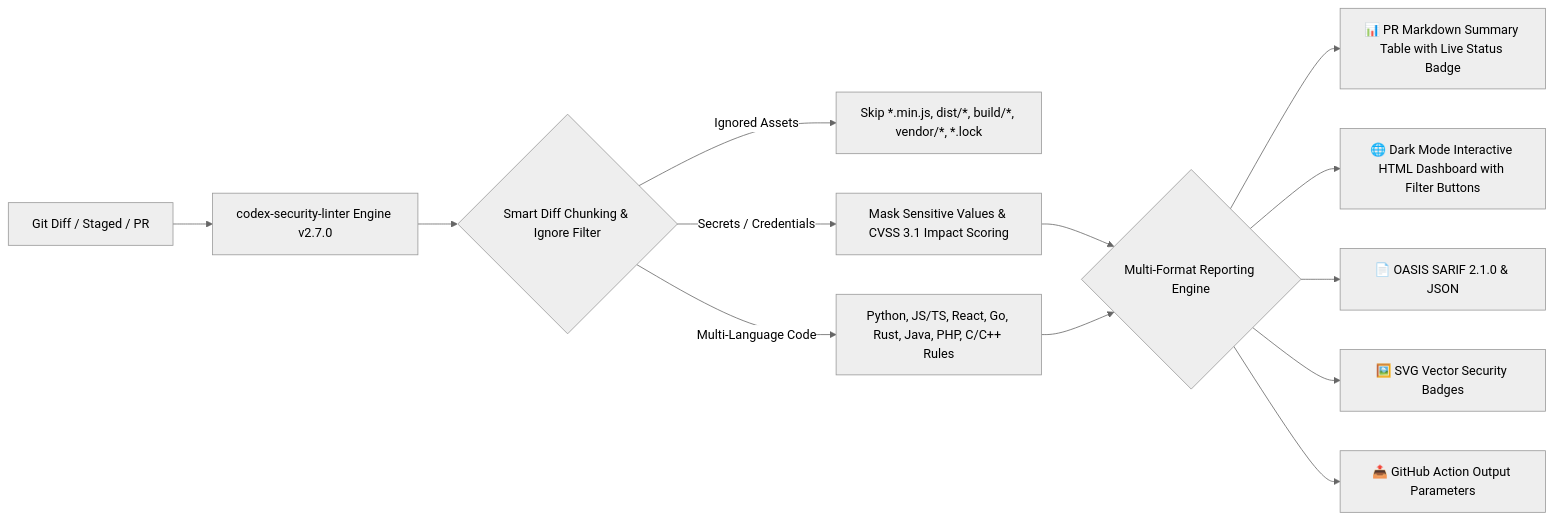
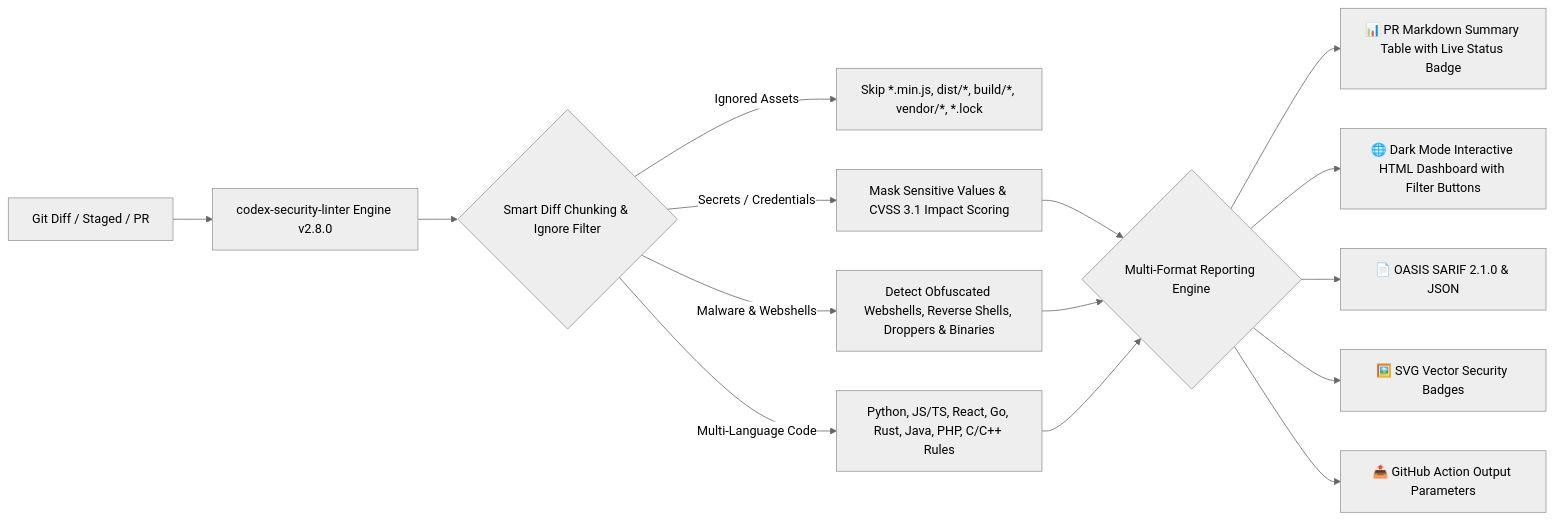
The diagram in README.md (knmt1219/codex-security-linter), drawn with Mermaid (neutral theme) before and after one commit. The commit also changed other lines of this file and 3 other files, not shown here.

Commit message:
feat(v2.8.0): add malware, webshell, and reverse shell detection engine

````diff
--- a/README.md
+++ b/README.md
@@ -17,14 +17,15 @@
 ```mermaid
 graph LR
-    A[Git Diff / Staged / PR] --> B[codex-security-linter Engine v2.7.0]
+    A[Git Diff / Staged / PR] --> B[codex-security-linter Engine v2.8.0]
     B --> C{Smart Diff Chunking & Ignore Filter}
     C -->|Ignored Assets| D[Skip *.min.js, dist/*, build/*, vendor/*, *.lock]
     C -->|Secrets / Credentials| E[Mask Sensitive Values & CVSS 3.1 Impact Scoring]
-    C -->|Multi-Language Code| F[Python, JS/TS, React, Go, Rust, Java, PHP, C/C++ Rules]
-    E & F --> G{Multi-Format Reporting Engine}
-    G --> H[📊 PR Markdown Summary Table with Live Status Badge]
-    G --> I[🌐 Dark Mode Interactive HTML Dashboard with Filter Buttons]
-    G --> J[📄 OASIS SARIF 2.1.0 & JSON]
-    G --> K[🖼️ SVG Vector Security Badges]
-    G --> L[📤 GitHub Action Output Parameters]
+    C -->|Malware & Webshells| F[Detect Obfuscated Webshells, Reverse Shells, Droppers & Binaries]
+    C -->|Multi-Language Code| G[Python, JS/TS, React, Go, Rust, Java, PHP, C/C++ Rules]
+    E & F & G --> H{Multi-Format Reporting Engine}
+    H --> I[📊 PR Markdown Summary Table with Live Status Badge]
+    H --> J[🌐 Dark Mode Interactive HTML Dashboard with Filter Buttons]
+    H --> K[📄 OASIS SARIF 2.1.0 & JSON]
+    H --> L[🖼️ SVG Vector Security Badges]
+    H --> M[📤 GitHub Action Output Parameters]
 ```
````
